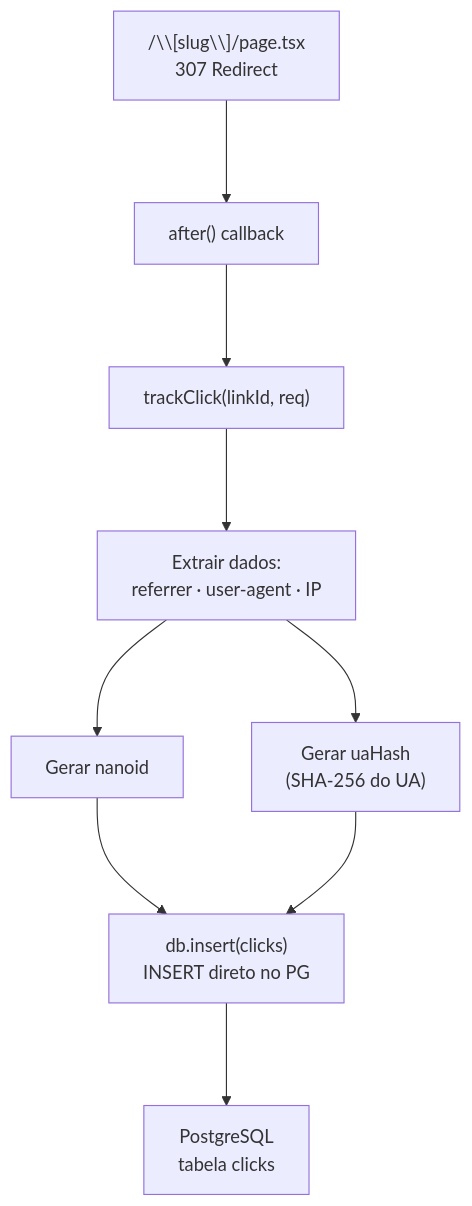
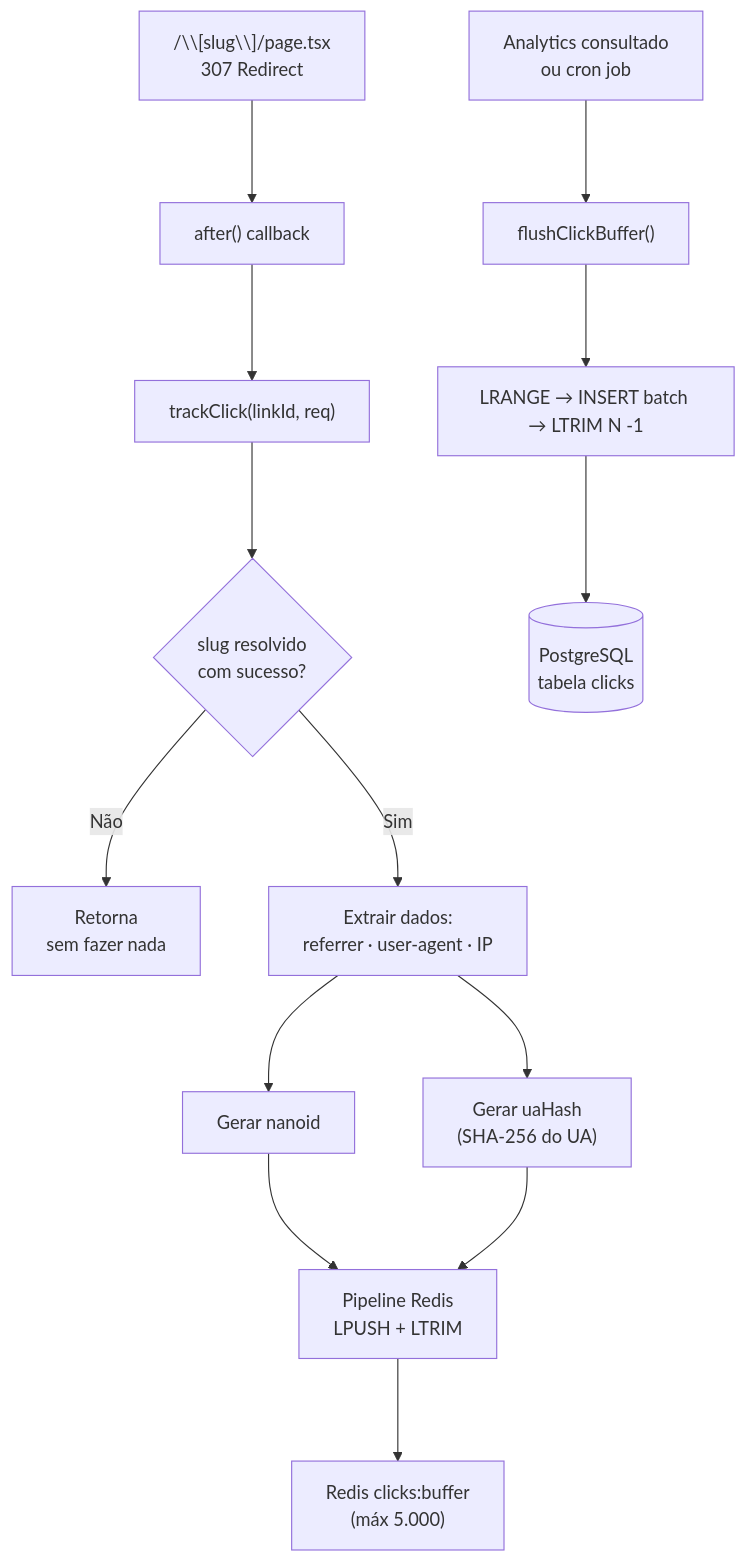
The fifth of 5 diagrams in docs/fluxo-de-dados.md (eduardoaugustolb/encurtador-url), drawn with Mermaid before and after one commit. The commit also changed other lines of this file and 10 other files, not shown here.

Commit message:
fix: Redis buffer para performance + LTRIM para flush sem re-inserção

````diff
--- a/docs/fluxo-de-dados.md
+++ b/docs/fluxo-de-dados.md
@@ -185,16 +197,23 @@
 ```mermaid
 %%{init: {'flowchart': {'nodeSpacing': 60, 'rankSpacing': 90}}}%%
 flowchart TB
     A["/\\[slug\\]/page.tsx<br/>307 Redirect"] --> B["after() callback"]
     B --> C["trackClick(linkId, req)"]
 
-    C --> D["Extrair dados:<br/>referrer · user-agent · IP"]
+    C --> D{"slug resolvido<br/>com sucesso?"}
 
-    D --> E["Gerar nanoid"]
-    D --> F["Gerar uaHash<br/>(SHA-256 do UA)"]
+    D -->|Não| F["Retorna<br/>sem fazer nada"]
+    D -->|Sim| E["Extrair dados:<br/>referrer · user-agent · IP"]
 
-    E --> G["db.insert(clicks)<br/>INSERT direto no PG"]
-    F --> G
+    E --> G["Gerar nanoid"]
+    E --> H["Gerar uaHash<br/>(SHA-256 do UA)"]
 
-    G --> H["PostgreSQL<br/>tabela clicks"]
+    G --> I["Pipeline Redis<br/>LPUSH + LTRIM"]
+    H --> I
+
+    I --> J["Redis clicks:buffer<br/>(máx 5.000)"]
+
+    K["Analytics consultado<br/>ou cron job"] --> L["flushClickBuffer()"]
+    L --> M["LRANGE → INSERT batch → LTRIM N -1"]
+    M --> N[("PostgreSQL<br/>tabela clicks")]
 ```
````
